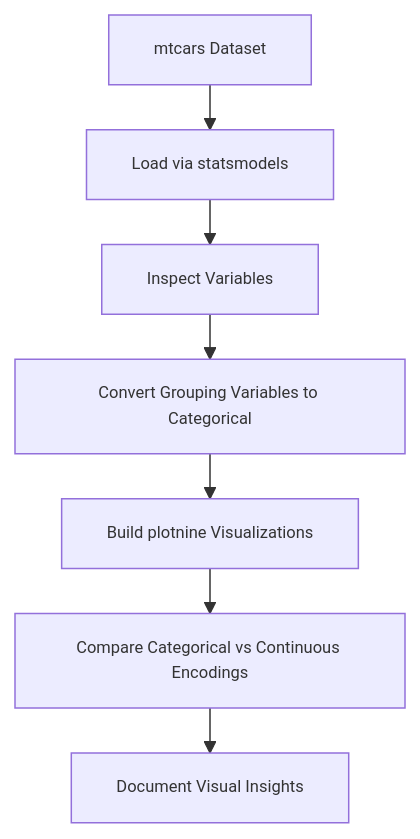
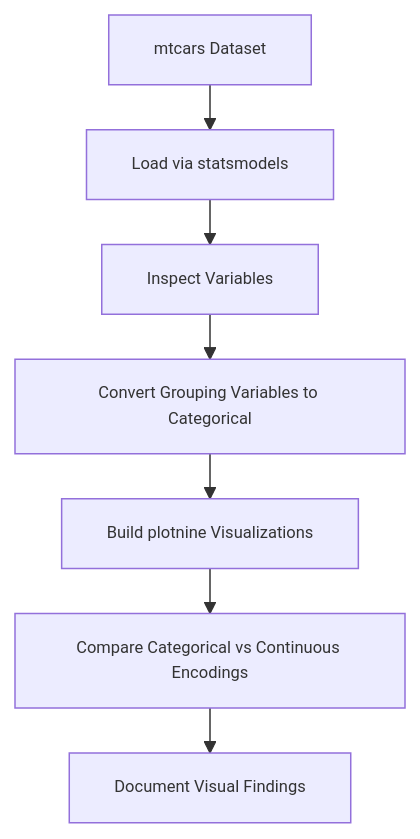
Before and after one commit to PranikaC/Cars_Visualization_MtCars: the first of 2 diagrams in README.md, drawn with Mermaid.

````diff
--- a/README.md
+++ b/README.md
@@ -27,10 +27,10 @@
 ```mermaid
 %%{init: {"theme": "default", "themeVariables": {"fontSize": "11px"}, "flowchart": {"nodeSpacing": 25, "rankSpacing": 30}}}%%
 flowchart TD
     A[mtcars Dataset] --> B[Load via statsmodels]
     B --> C[Inspect Variables]
     C --> D[Convert Grouping Variables to Categorical]
     D --> E[Build plotnine Visualizations]
     E --> F[Compare Categorical vs Continuous Encodings]
-    F --> G[Document Visual Insights]
+    F --> G[Document Visual Findings]
 ```
````
